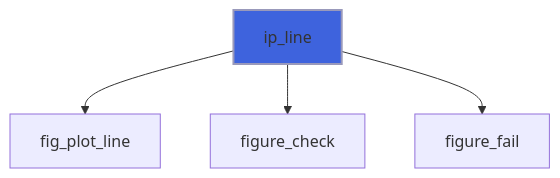
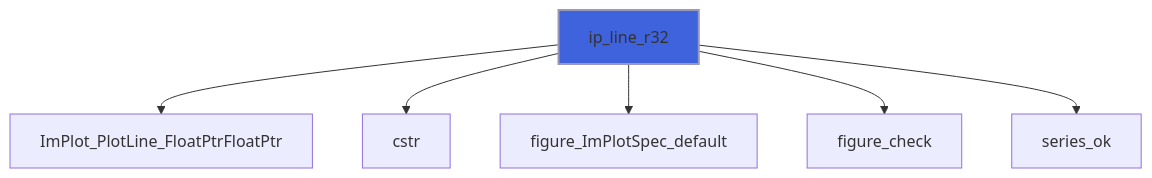
The fourth of 7 diagrams in docs/api/src/lib/figure_implot.md (szaghi/figure), drawn with Mermaid before and after one commit. The commit also changed other lines of this file and 23 other files, not shown here.

````diff
--- a/docs/api/src/lib/figure_implot.md
+++ b/docs/api/src/lib/figure_implot.md
@@ -97,7 +108,9 @@
 ```mermaid
 flowchart TD
-  ip_line["ip_line"] --> fig_plot_line["fig_plot_line"]
-  ip_line["ip_line"] --> figure_check["figure_check"]
-  ip_line["ip_line"] --> figure_fail["figure_fail"]
-  style ip_line fill:#3e63dd,stroke:#99b,stroke-width:2px
+  ip_line_r32["ip_line_r32"] --> ImPlot_PlotLine_FloatPtrFloatPtr["ImPlot_PlotLine_FloatPtrFloatPtr"]
+  ip_line_r32["ip_line_r32"] --> cstr["cstr"]
+  ip_line_r32["ip_line_r32"] --> figure_ImPlotSpec_default["figure_ImPlotSpec_default"]
+  ip_line_r32["ip_line_r32"] --> figure_check["figure_check"]
+  ip_line_r32["ip_line_r32"] --> series_ok["series_ok"]
+  style ip_line_r32 fill:#3e63dd,stroke:#99b,stroke-width:2px
 ```
````
